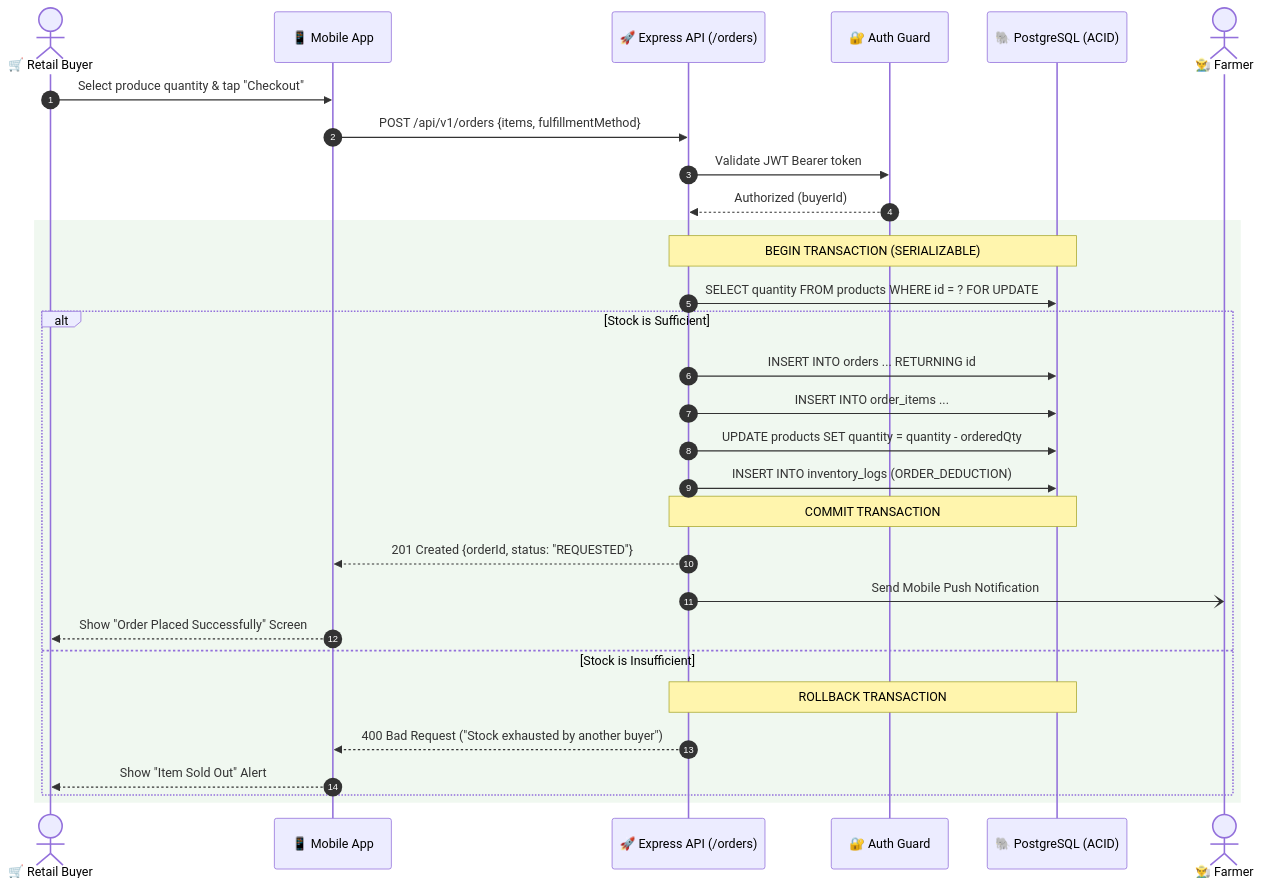
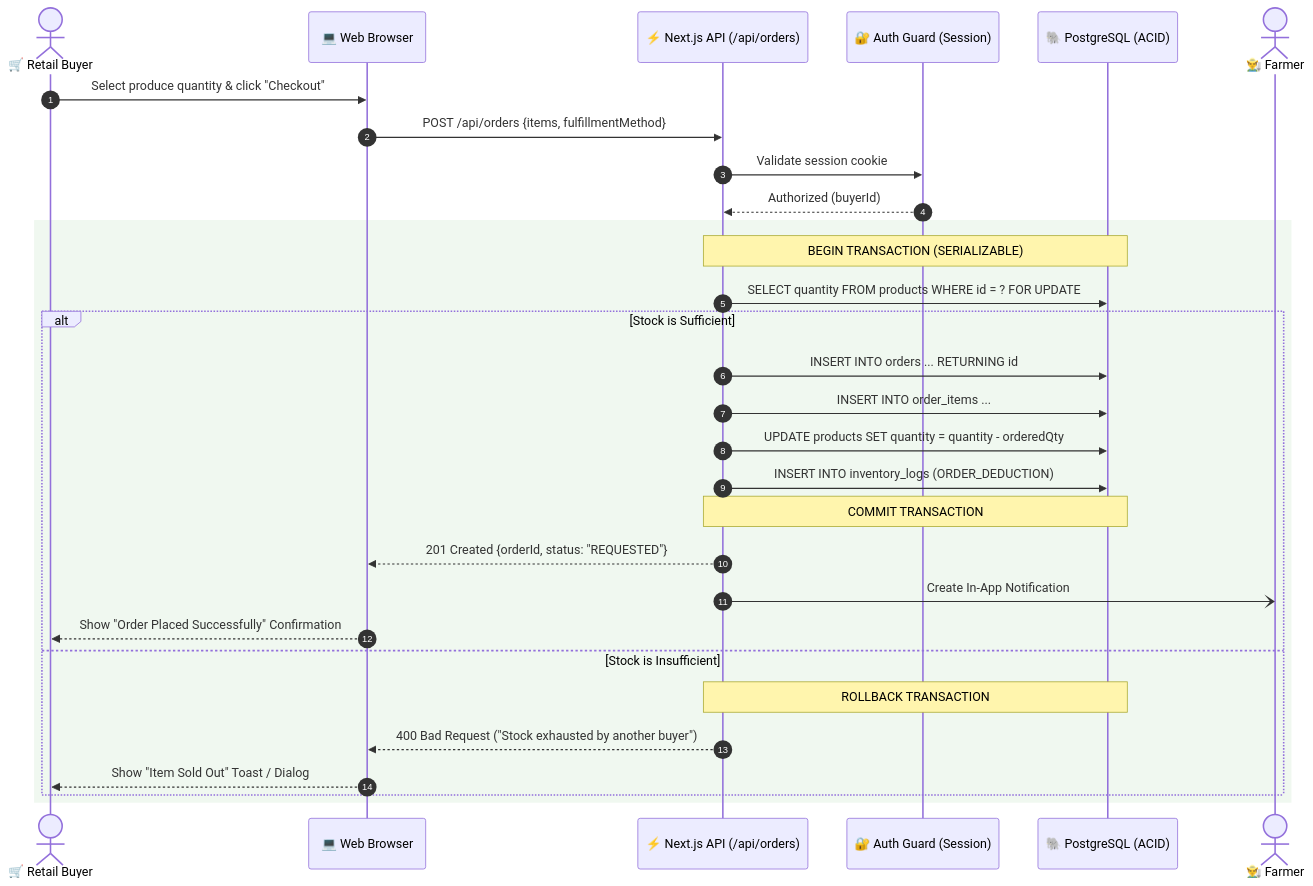
Before and after one commit to s7arlen/FarmConnect: the fifth of 5 diagrams in docs/system-architecture.md, drawn with Mermaid. The commit also changed other lines of this file and 85 other files, not shown here.

Commit message:
feat: transform FarmConnect into app-like web app (GoParm design, mobile bottom nav, stock management, PWA, bug fixes)

````diff
--- a/docs/system-architecture.md
+++ b/docs/system-architecture.md
@@ -244,34 +242,34 @@
 ```mermaid
 sequenceDiagram
     autonumber
     actor Buyer as 🛒 Retail Buyer
-    participant Mobile as 📱 Mobile App
-    participant API as 🚀 Express API (/orders)
-    participant Auth as 🔐 Auth Guard
+    participant Browser as 💻 Web Browser
+    participant API as ⚡ Next.js API (/api/orders)
+    participant Auth as 🔐 Auth Guard (Session)
     participant DB as 🐘 PostgreSQL (ACID)
     actor Farmer as 👨‍🌾 Farmer
 
-    Buyer->>Mobile: Select produce quantity & tap "Checkout"
-    Mobile->>API: POST /api/v1/orders {items, fulfillmentMethod}
-    API->>Auth: Validate JWT Bearer token
+    Buyer->>Browser: Select produce quantity & click "Checkout"
+    Browser->>API: POST /api/orders {items, fulfillmentMethod}
+    API->>Auth: Validate session cookie
     Auth-->>API: Authorized (buyerId)
     
     rect rgb(240, 248, 240)
         Note over API,DB: BEGIN TRANSACTION (SERIALIZABLE)
         API->>DB: SELECT quantity FROM products WHERE id = ? FOR UPDATE
         alt Stock is Sufficient
             API->>DB: INSERT INTO orders ... RETURNING id
             API->>DB: INSERT INTO order_items ...
             API->>DB: UPDATE products SET quantity = quantity - orderedQty
             API->>DB: INSERT INTO inventory_logs (ORDER_DEDUCTION)
             Note over API,DB: COMMIT TRANSACTION
-            API-->>Mobile: 201 Created {orderId, status: "REQUESTED"}
-            API-)Farmer: Send Mobile Push Notification
-            Mobile-->>Buyer: Show "Order Placed Successfully" Screen
+            API-->>Browser: 201 Created {orderId, status: "REQUESTED"}
+            API-)Farmer: Create In-App Notification
+            Browser-->>Buyer: Show "Order Placed Successfully" Confirmation
         else Stock is Insufficient
             Note over API,DB: ROLLBACK TRANSACTION
-            API-->>Mobile: 400 Bad Request ("Stock exhausted by another buyer")
-            Mobile-->>Buyer: Show "Item Sold Out" Alert
+            API-->>Browser: 400 Bad Request ("Stock exhausted by another buyer")
+            Browser-->>Buyer: Show "Item Sold Out" Toast / Dialog
         end
     end
 ```
````
